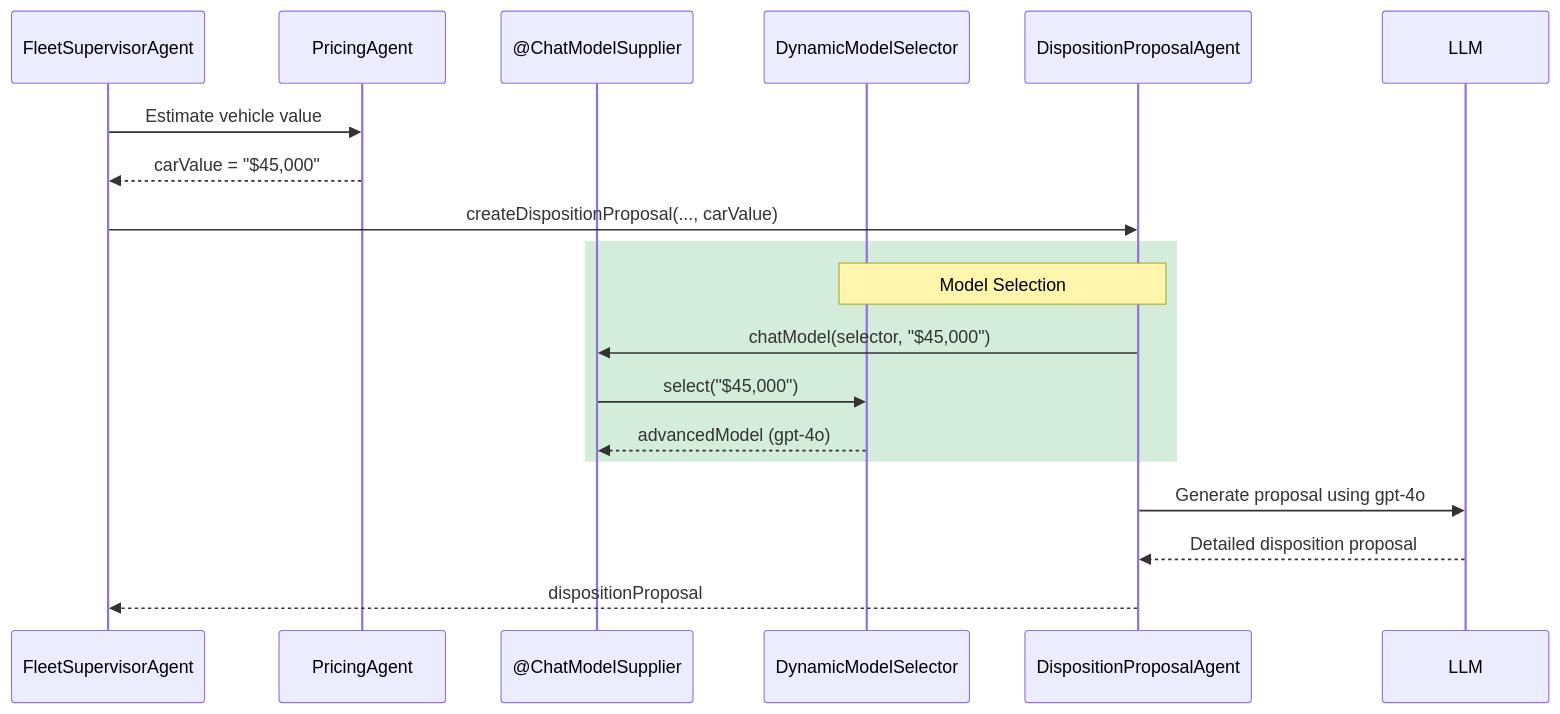
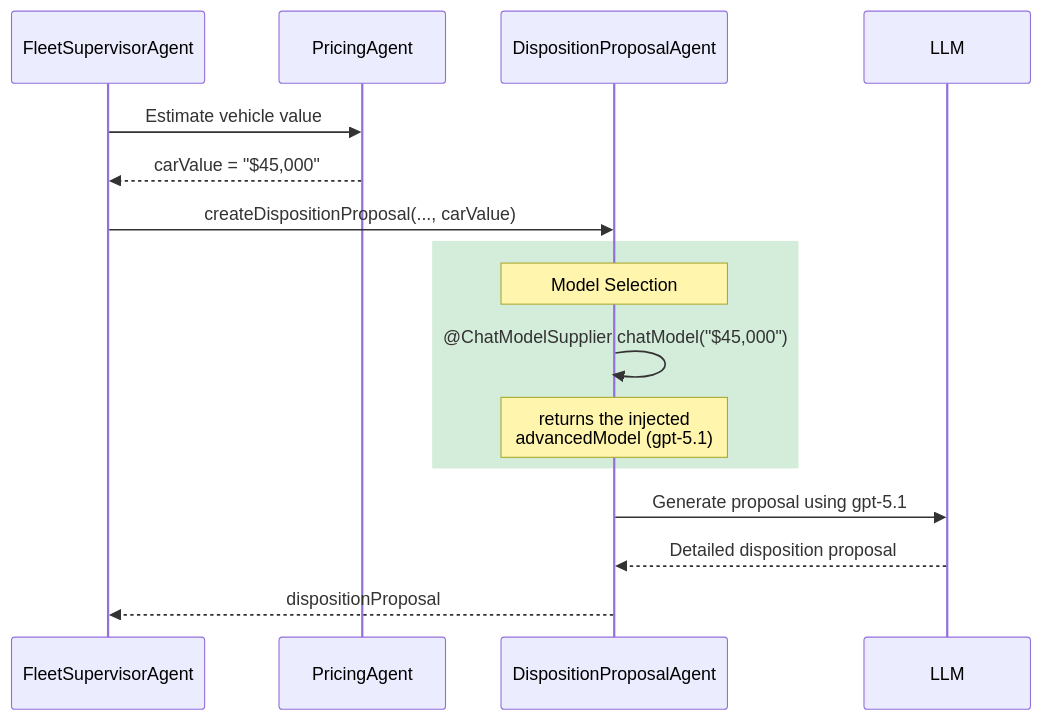
One commit to quarkusio/quarkus-workshop-langchain4j changed the second of 2 diagrams in docs/content/section-2/step-07.md. Above: the diagram before and after it, drawn with Mermaid. The commit also changed other lines of this file and 73 other files, not shown here.

````diff
--- a/docs/content/section-2/step-07.md
+++ b/docs/content/section-2/step-07.md
@@ -196,25 +173,22 @@
 ```mermaid
 sequenceDiagram
     participant Supervisor as FleetSupervisorAgent
     participant Pricing as PricingAgent
-    participant Supplier as @ChatModelSupplier
-    participant Selector as DynamicModelSelector
     participant Proposal as DispositionProposalAgent
     participant LLM as LLM
 
     Supervisor->>Pricing: Estimate vehicle value
     Pricing-->>Supervisor: carValue = "$45,000"
 
     Supervisor->>Proposal: createDispositionProposal(..., carValue)
 
     rect rgb(212, 237, 218)
-    Note over Proposal,Selector: Model Selection
-    Proposal->>Supplier: chatModel(selector, "$45,000")
-    Supplier->>Selector: select("$45,000")
-    Selector-->>Supplier: advancedModel (gpt-4o)
+    Note over Proposal: Model Selection
+    Proposal->>Proposal: @ChatModelSupplier chatModel("$45,000")
+    Note over Proposal: returns the injected<br/>advancedModel (gpt-5.1)
     end
 
-    Proposal->>LLM: Generate proposal using gpt-4o
+    Proposal->>LLM: Generate proposal using gpt-5.1
     LLM-->>Proposal: Detailed disposition proposal
     Proposal-->>Supervisor: dispositionProposal
 ```
````
